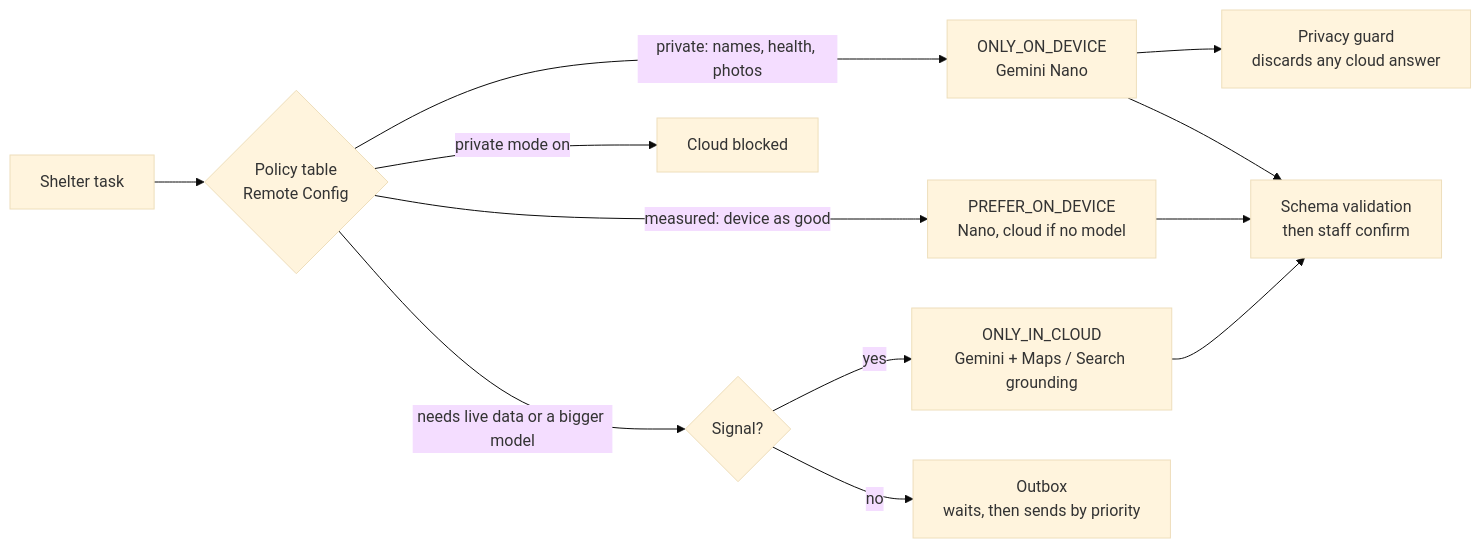
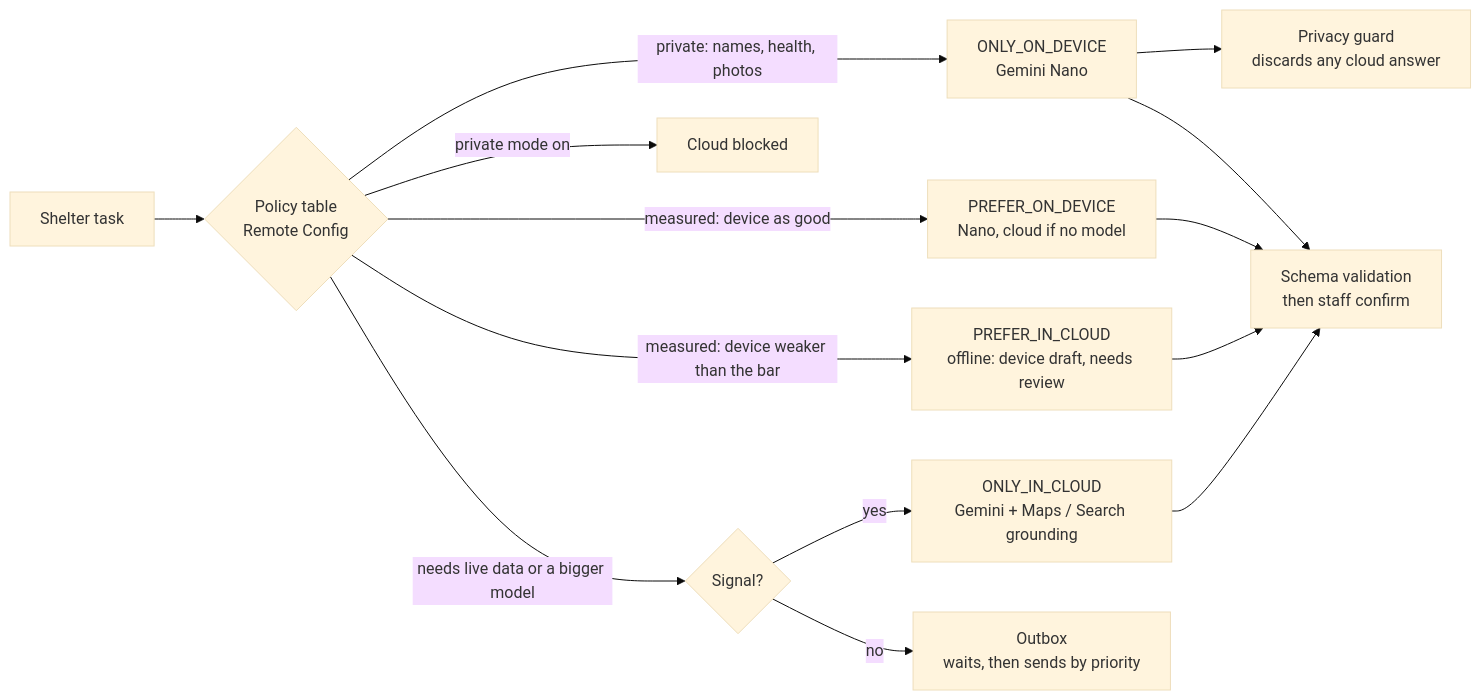
One commit to azharizz/nobodymissing changed the first of 2 diagrams in README.md. Above: the diagram before and after it, drawn with Mermaid (base theme). The commit also changed other lines of this file and 1 other file, not shown here.

````diff
--- a/README.md
+++ b/README.md
@@ -98,12 +118,13 @@
 ```mermaid
 flowchart LR
   T[Shelter task] --> P{Policy table<br/>Remote Config}
   P -->|private: names, health, photos| D[ONLY_ON_DEVICE<br/>Gemini Nano]
   P -->|measured: device as good| PD[PREFER_ON_DEVICE<br/>Nano, cloud if no model]
+  P -->|measured: device weaker than the bar| PC[PREFER_IN_CLOUD<br/>offline: device draft, needs review]
   P -->|needs live data or a bigger model| C{Signal?}
   C -->|yes| CL[ONLY_IN_CLOUD<br/>Gemini + Maps / Search grounding]
   C -->|no| Q[Outbox<br/>waits, then sends by priority]
   P -->|private mode on| B[Cloud blocked]
   D --> G[Privacy guard<br/>discards any cloud answer]
-  D & PD & CL --> V[Schema validation<br/>then staff confirm]
+  D & PD & PC & CL --> V[Schema validation<br/>then staff confirm]
 ```
````
